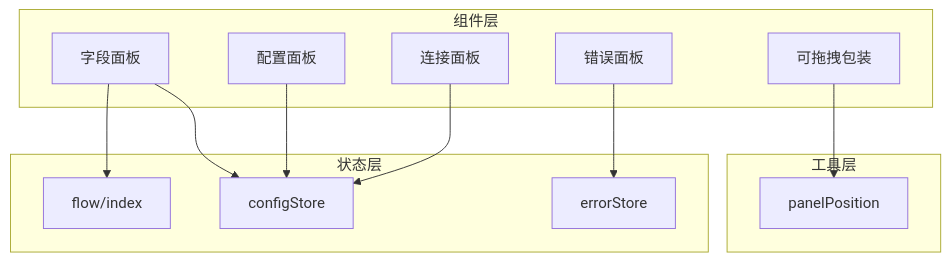
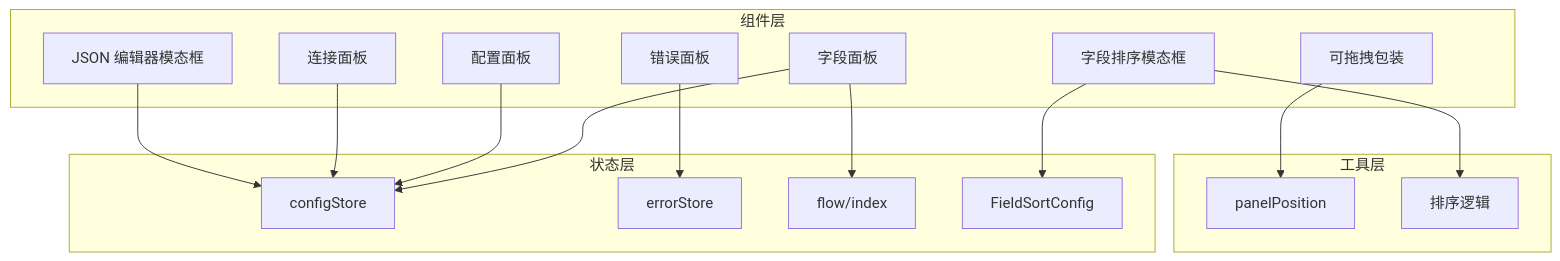
Before and after one commit to kqcoxn/MaaPipelineEditor: the second of 10 diagrams in .qoder/repowiki/zh/content/用户界面/面板系统/面板系统.md, drawn with Mermaid. The commit also changed other lines of this file and 50 other files, not shown here.

````diff
--- a/.qoder/repowiki/zh/content/用户界面/面板系统/面板系统.md
+++ b/.qoder/repowiki/zh/content/用户界面/面板系统/面板系统.md
@@ -133,24 +162,31 @@
 ```mermaid
 graph TB
 subgraph "组件层"
 FP["字段面板"]
 CP["配置面板"]
 CONP["连接面板"]
 EP["错误面板"]
 DP["可拖拽包装"]
+FSM["字段排序模态框"]
+JS["JSON 编辑器模态框"]
 end
 subgraph "状态层"
 CS["configStore"]
 ES["errorStore"]
 FS["flow/index"]
+SC["FieldSortConfig"]
 end
 subgraph "工具层"
 PP["panelPosition"]
+SL["排序逻辑"]
 end
 FP --> CS
 FP --> FS
 CP --> CS
 CONP --> CS
 EP --> ES
 DP --> PP
+FSM --> SC
+JS --> CS
+FSM --> SL
 ```
````
